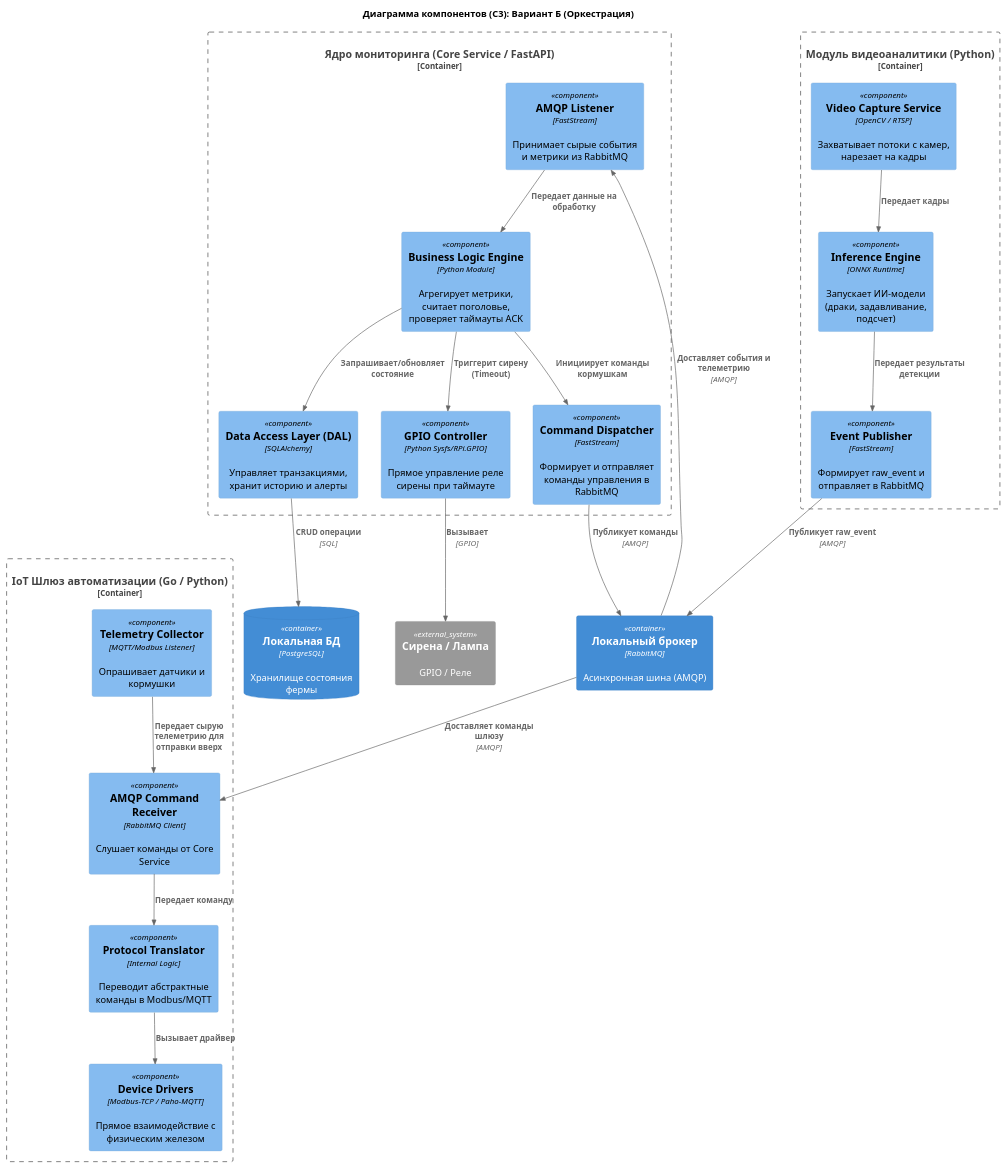
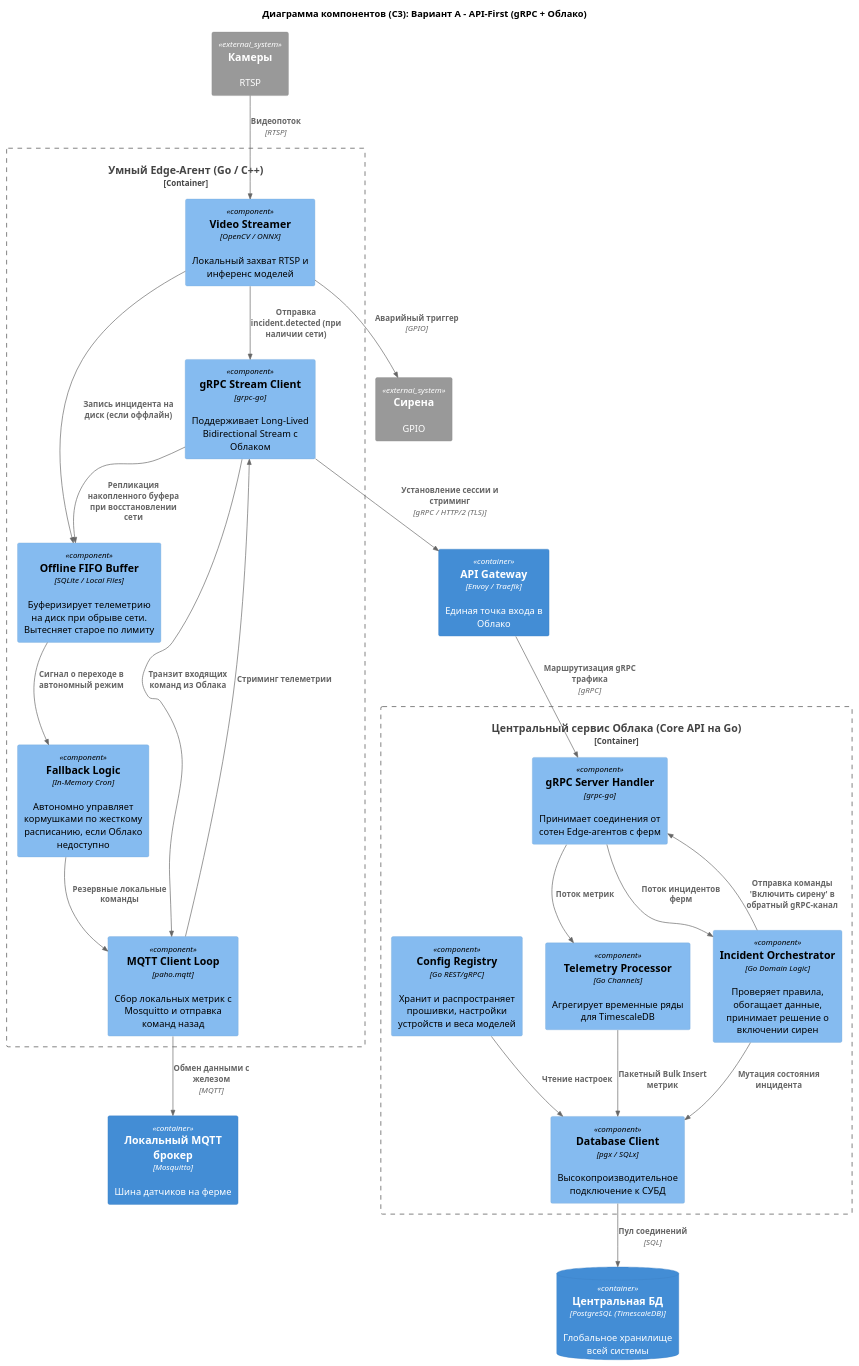
One commit to daelin44/MSA-AgroTech changed the diagram in task3/component_alt.puml. Above: the diagram before and after it, drawn with PlantUML. The commit also changed 4 other files, not shown here.

```diff
--- a/task3/component_alt.puml
+++ b/task3/component_alt.puml
@@ -1,51 +1,54 @@
-@startuml Архитектура_АгроТех_C3_Оркестрация
+@startuml Архитектура_АгроТех_C3_API_First_gRPC
 
 !include https://raw.githubusercontent.com/RicardoNiepel/C4-PlantUML/master/C4_Component.puml
 
-title Диаграмма компонентов (C3): Вариант Б (Оркестрация)
+title Диаграмма компонентов (C3): Вариант А - API-First (gRPC + Облако)
 
-Container(local_broker, "Локальный брокер", "RabbitMQ", "Асинхронная шина (AMQP)")
-ContainerDb(local_db, "Локальная БД", "PostgreSQL", "Хранилище состояния фермы")
-System_Ext(siren, "Сирена / Лампа", "GPIO / Реле")
+Container(api_gateway, "API Gateway", "Envoy / Traefik", "Единая точка входа в Облако")
+Container(local_mqtt, "Локальный MQTT брокер", "Mosquitto", "Шина датчиков на ферме")
+System_Ext(siren, "Сирена", "GPIO")
+System_Ext(cameras, "Камеры", "RTSP")
 
-Container_Boundary(video_boundary, "Модуль видеоаналитики (Python)") {
-    Component(video_capture, "Video Capture Service", "OpenCV / RTSP", "Захватывает потоки с камер, нарезает на кадры")
-    Component(inference_engine, "Inference Engine", "ONNX Runtime", "Запускает ИИ-модели (драки, задавливание, подсчет)")
-    Component(event_publisher, "Event Publisher", "FastStream", "Формирует raw_event и отправляет в RabbitMQ")
+Container_Boundary(agent_boundary, "Умный Edge-Агент (Go / C++)") {
+    Component(edge_capture, "Video Streamer", "OpenCV / ONNX", "Локальный захват RTSP и инференс моделей")
+    Component(mqtt_bridge, "MQTT Client Loop", "paho.mqtt", "Сбор локальных метрик с Mosquitto и отправка команд назад")
+    Component(grpc_client, "gRPC Stream Client", "grpc-go", "Поддерживает Long-Lived Bidirectional Stream с Облаком")
+    Component(fifo_manager, "Offline FIFO Buffer", "SQLite / Local Files", "Буферизирует телеметрию на диск при обрыве сети. Вытесняет старое по лимиту")
+    Component(fallback_engine, "Fallback Logic", "In-Memory Cron", "Автономно управляет кормушками по жесткому расписанию, если Облако недоступно")
     
-    Rel(video_capture, inference_engine, "Передает кадры")
-    Rel(inference_engine, event_publisher, "Передает результаты детекции")
+    Rel(edge_capture, grpc_client, "Отправка incident.detected (при наличии сети)")
+    Rel(edge_capture, fifo_manager, "Запись инцидента на диск (если оффлайн)")
+    Rel(mqtt_bridge, grpc_client, "Стриминг телеметрии")
+    Rel(grpc_client, fifo_manager, "Репликация накопленного буфера при восстановлении сети")
+    Rel(grpc_client, mqtt_bridge, "Транзит входящих команд из Облака")
+    Rel(fifo_manager, fallback_engine, "Сигнал о переходе в автономный режим")
+    Rel(fallback_engine, mqtt_bridge, "Резервные локальные команды")
 }
 
-Container_Boundary(core_boundary, "Ядро мониторинга (Core Service / FastAPI)") {
-    Component(amqp_receiver, "AMQP Listener", "FastStream", "Принимает сырые события и метрики из RabbitMQ")
-    Component(business_logic, "Business Logic Engine", "Python Module", "Агрегирует метрики, считает поголовье, проверяет таймауты ACK")
-    Component(data_access, "Data Access Layer (DAL)", "SQLAlchemy", "Управляет транзакциями, хранит историю и алерты")
-    Component(gpio_controller, "GPIO Controller", "Python Sysfs/RPi.GPIO", "Прямое управление реле сирены при таймауте")
-    Component(command_dispatcher, "Command Dispatcher", "FastStream", "Формирует и отправляет команды управления в RabbitMQ")
+Container_Boundary(core_boundary, "Центральный сервис Облака (Core API на Go)") {
+    Component(grpc_server, "gRPC Server Handler", "grpc-go", "Принимает соединения от сотен Edge-агентов с ферм")
+    Component(incident_orchestrator, "Incident Orchestrator", "Go Domain Logic", "Проверяет правила, обогащает данные, принимает решение о включении сирен")
+    Component(telemetry_processor, "Telemetry Processor", "Go Channels", "Агрегирует временные ряды для TimescaleDB")
+    Component(config_service, "Config Registry", "Go REST/gRPC", "Хранит и распространяет прошивки, настройки устройств и веса моделей")
+    Component(db_client, "Database Client", "pgx / SQLx", "Высокопроизводительное подключение к СУБД")
     
-    Rel(amqp_receiver, business_logic, "Передает данные на обработку")
-    Rel(business_logic, data_access, "Запрашивает/обновляет состояние")
-    Rel(business_logic, gpio_controller, "Триггерит сирену (Timeout)")
-    Rel(business_logic, command_dispatcher, "Инициирует команды кормушкам")
+    Rel(grpc_server, incident_orchestrator, "Поток инцидентов ферм")
+    Rel(grpc_server, telemetry_processor, "Поток метрик")
+    Rel(incident_orchestrator, db_client, "Мутация состояния инцидента")
+    Rel(telemetry_processor, db_client, "Пакетный Bulk Insert метрик")
+    Rel(config_service, db_client, "Чтение настроек")
+    Rel(incident_orchestrator, grpc_server, "Отправка команды 'Включить сирену' в обратный gRPC-канал")
 }
 
-Container_Boundary(gateway_boundary, "IoT Шлюз автоматизации (Go / Python)") {
-    Component(gateway_amqp, "AMQP Command Receiver", "RabbitMQ Client", "Слушает команды от Core Service")
-    Component(protocol_translator, "Protocol Translator", "Internal Logic", "Переводит абстрактные команды в Modbus/MQTT")
-    Component(device_drivers, "Device Drivers", "Modbus-TCP / Paho-MQTT", "Прямое взаимодействие с физическим железом")
-    Component(telemetry_collector, "Telemetry Collector", "MQTT/Modbus Listener", "Опрашивает датчики и кормушки")
-    
-    Rel(gateway_amqp, protocol_translator, "Передает команду")
-    Rel(protocol_translator, device_drivers, "Вызывает драйвер")
-    Rel(telemetry_collector, gateway_amqp, "Передает сырую телеметрию для отправки вверх")
-}
+ContainerDb(central_db, "Центральная БД", "PostgreSQL (TimescaleDB)", "Глобальное хранилище всей системы")
 
-Rel(event_publisher, local_broker, "Публикует raw_event", "AMQP")
-Rel(local_broker, amqp_receiver, "Доставляет события и телеметрию", "AMQP")
-Rel(data_access, local_db, "CRUD операции", "SQL")
-Rel(gpio_controller, siren, "Вызывает", "GPIO")
-Rel(command_dispatcher, local_broker, "Публикует команды", "AMQP")
-Rel(local_broker, gateway_amqp, "Доставляет команды шлюзу", "AMQP")
+Rel(cameras, edge_capture, "Видеопоток", "RTSP")
+Rel(mqtt_bridge, local_mqtt, "Обмен данными с железом", "MQTT")
+Rel(edge_capture, siren, "Аварийный триггер", "GPIO")
+
+Rel(grpc_client, api_gateway, "Установление сессии и стриминг", "gRPC / HTTP/2 (TLS)")
+Rel(api_gateway, grpc_server, "Маршрутизация gRPC трафика", "gRPC")
+
+Rel(db_client, central_db, "Пул соединений", "SQL")
 
 @enduml
```
